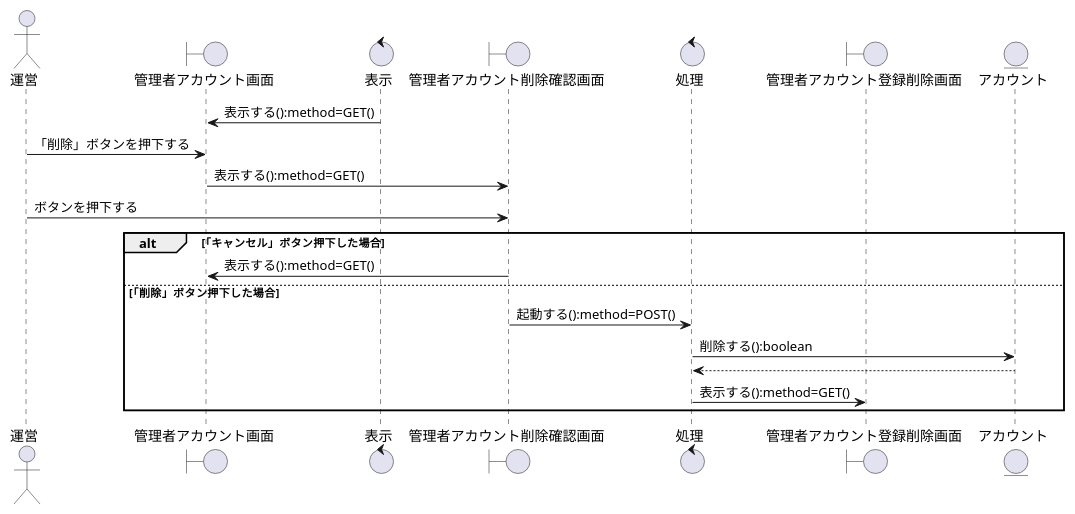
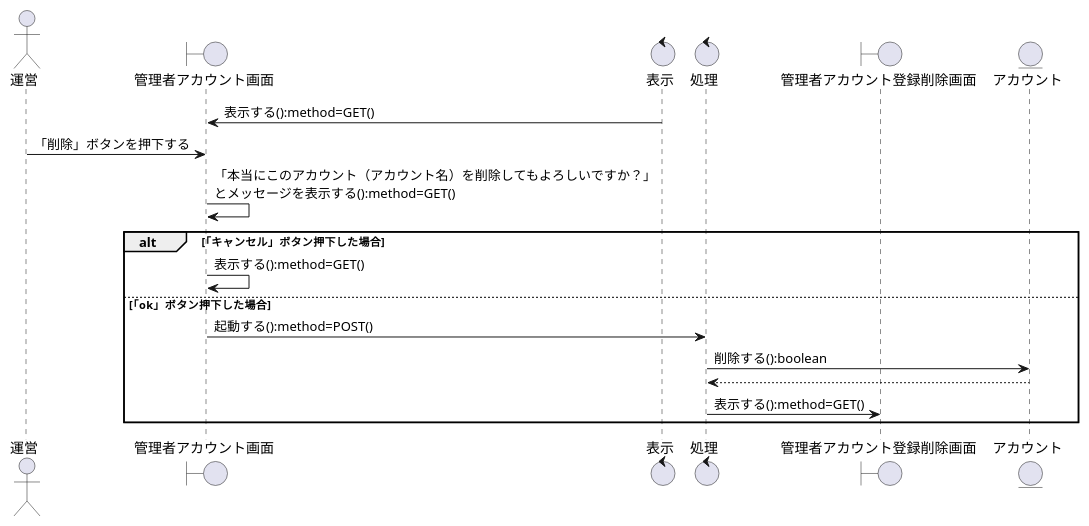
Before and after one commit to K-Rinrin/GroupE: the diagram in お城/お城/設計書/シーケンス図/運営/アカウント機能/シーケンス図_運営が管理者アカウントを削除する.pu, drawn with PlantUML. The commit also changed 11 other files, not shown here.

```diff
--- a/お城/お城/設計書/シーケンス図/運営/アカウント機能/シーケンス図_運営が管理者アカウントを削除する.pu
+++ b/お城/お城/設計書/シーケンス図/運営/アカウント機能/シーケンス図_運営が管理者アカウントを削除する.pu
@@ -1,35 +1,33 @@
 @startuml 運営が管理者アカウントを削除する  
 
 
 ' ========================================
 ' 登場モノの定義
 ' ========================================
 actor "運営" as Operator
 boundary "管理者アカウント画面" as b1
 control "表示" as c1
-boundary "管理者アカウント削除確認画面" as b2
 control "処理" as c2    
 boundary "管理者アカウント登録削除画面" as b3
 entity "アカウント" as e1
 
 ' ========================================
 ' シーケンスの流れ
 ' ========================================
 
 c1 -> b1 : 表示する():method=GET()
 Operator -> b1 : 「削除」ボタンを押下する
-b1 -> b2 : 表示する():method=GET()
-Operator -> b2 : ボタンを押下する
+b1 -> b1 : 「本当にこのアカウント（アカウント名）を削除してもよろしいですか？」\nとメッセージを表示する():method=GET()
 alt 「キャンセル」ボタン押下した場合
-    b2 -> b1 : 表示する():method=GET()
-else 「削除」ボタン押下した場合
-    b2 -> c2 : 起動する():method=POST()
+    b1 -> b1 : 表示する():method=GET()
+else 「ok」ボタン押下した場合
+    b1 -> c2 : 起動する():method=POST()
     c2 -> e1 : 削除する():boolean
     c2 <-- e1
     c2 -> b3 : 表示する():method=GET()
 end
 
 
 
 
 @enduml
```
